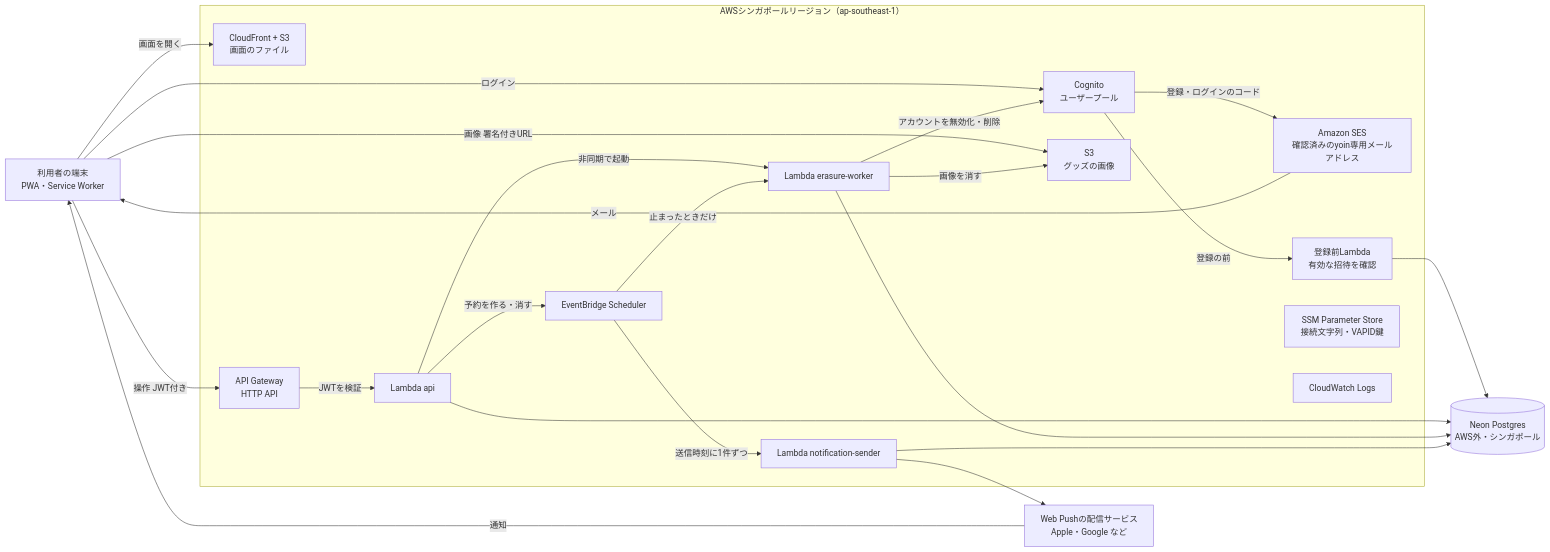
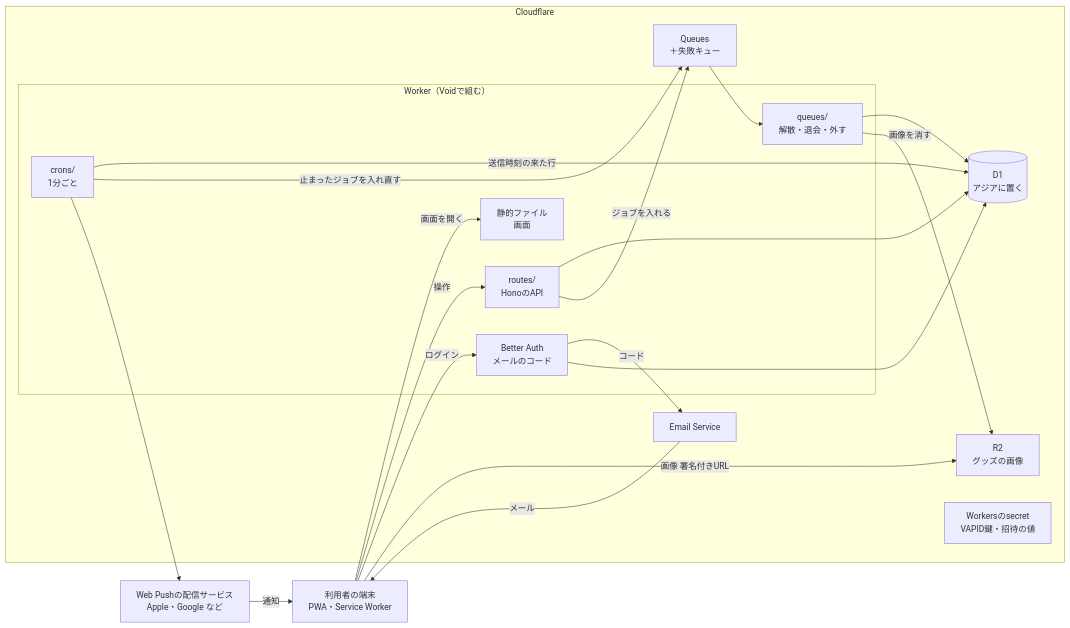
Before and after one commit to oze-xxbumpxx/yoin: the diagram in docs/architecture.md, drawn with Mermaid. The commit also changed other lines of this file and 8 other files, not shown here.

````diff
--- a/docs/architecture.md
+++ b/docs/architecture.md
@@ -13,41 +9,36 @@
 ```mermaid
 flowchart LR
   device[利用者の端末<br>PWA・Service Worker]
-  subgraph aws[AWSシンガポールリージョン（ap-southeast-1）]
-    cf[CloudFront + S3<br>画面のファイル]
-    cognito[Cognito<br>ユーザープール]
-    ses[Amazon SES<br>確認済みのyoin専用メールアドレス]
-    signup[登録前Lambda<br>有効な招待を確認]
-    apigw[API Gateway<br>HTTP API]
-    api[Lambda api]
-    worker[Lambda erasure-worker]
-    sender[Lambda notification-sender]
-    sched[EventBridge Scheduler]
-    img[S3<br>グッズの画像]
-    ssm[SSM Parameter Store<br>接続文字列・VAPID鍵]
-    logs[CloudWatch Logs]
+  subgraph cf[Cloudflare]
+    subgraph worker[Worker（Voidで組む）]
+      assets[静的ファイル<br>画面]
+      routes[routes/<br>HonoのAPI]
+      auth[Better Auth<br>メールのコード]
+      cron[crons/<br>1分ごと]
+      consumer[queues/<br>解散・退会・外す]
+    end
+    d1[(D1<br>アジアに置く)]
+    r2[R2<br>グッズの画像]
+    queue[Queues<br>＋失敗キュー]
+    email[Email Service]
+    secrets[Workersのsecret<br>VAPID鍵・招待の値]
   end
-  neon[(Neon Postgres<br>AWS外・シンガポール)]
   push[Web Pushの配信サービス<br>Apple・Google など]
 
-  device -->|画面を開く| cf
-  device -->|ログイン| cognito
-  cognito -->|登録・ログインのコード| ses
-  ses -->|メール| device
-  cognito -->|登録の前| signup
-  signup --> neon
-  device -->|操作 JWT付き| apigw
-  device -->|画像 署名付きURL| img
-  apigw -->|JWTを検証| api
-  api -->|非同期で起動| worker
-  api -->|予約を作る・消す| sched
-  sched -->|止まったときだけ| worker
-  sched -->|送信時刻に1件ずつ| sender
-  api --> neon
-  worker --> neon
-  sender --> neon
-  worker -->|画像を消す| img
-  worker -->|アカウントを無効化・削除| cognito
-  sender --> push
+  device -->|画面を開く| assets
+  device -->|操作| routes
+  device -->|ログイン| auth
+  auth -->|コード| email
+  email -->|メール| device
+  device -->|画像 署名付きURL| r2
+  routes --> d1
+  auth --> d1
+  routes -->|ジョブを入れる| queue
+  queue --> consumer
+  consumer --> d1
+  consumer -->|画像を消す| r2
+  cron -->|送信時刻の来た行| d1
+  cron -->|止まったジョブを入れ直す| queue
+  cron --> push
   push -->|通知| device
 ```
````
